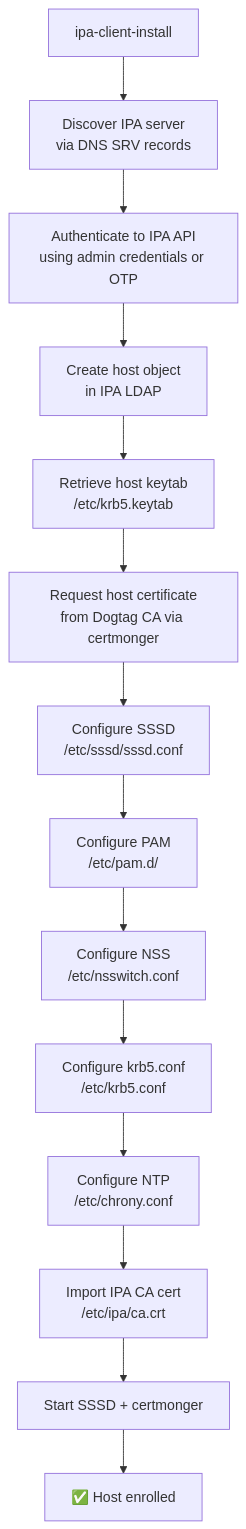
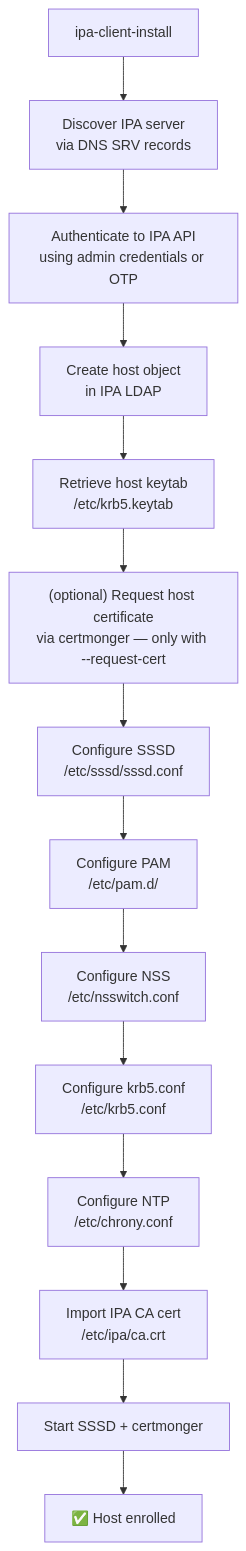
The first of 5 diagrams in 05_host_enrollment_sssd.md (UncleJS/course_FreeIPA), drawn with Mermaid before and after one commit. The commit also changed other lines of this file and 24 other files, not shown here.

````diff
--- a/05_host_enrollment_sssd.md
+++ b/05_host_enrollment_sssd.md
@@ -60,16 +60,16 @@
 ```mermaid
 graph TD
-    A[ipa-client-install] --> B[Discover IPA server\nvia DNS SRV records]
-    B --> C[Authenticate to IPA API\nusing admin credentials or OTP]
-    C --> D[Create host object\nin IPA LDAP]
-    D --> E[Retrieve host keytab\n/etc/krb5.keytab]
-    E --> F[Request host certificate\nfrom Dogtag CA via certmonger]
-    F --> G[Configure SSSD\n/etc/sssd/sssd.conf]
-    G --> H[Configure PAM\n/etc/pam.d/]
-    H --> I[Configure NSS\n/etc/nsswitch.conf]
-    I --> J[Configure krb5.conf\n/etc/krb5.conf]
-    J --> K[Configure NTP\n/etc/chrony.conf]
-    K --> L[Import IPA CA cert\n/etc/ipa/ca.crt]
+    A[ipa-client-install] --> B["Discover IPA server<br/>via DNS SRV records"]
+    B --> C["Authenticate to IPA API<br/>using admin credentials or OTP"]
+    C --> D["Create host object<br/>in IPA LDAP"]
+    D --> E["Retrieve host keytab<br/>/etc/krb5.keytab"]
+    E --> F["(optional) Request host certificate<br/>via certmonger — only with --request-cert"]
+    F --> G["Configure SSSD<br/>/etc/sssd/sssd.conf"]
+    G --> H["Configure PAM<br/>/etc/pam.d/"]
+    H --> I["Configure NSS<br/>/etc/nsswitch.conf"]
+    I --> J["Configure krb5.conf<br/>/etc/krb5.conf"]
+    J --> K["Configure NTP<br/>/etc/chrony.conf"]
+    K --> L["Import IPA CA cert<br/>/etc/ipa/ca.crt"]
     L --> M[Start SSSD + certmonger]
     M --> N[✅ Host enrolled]
 ```
````
